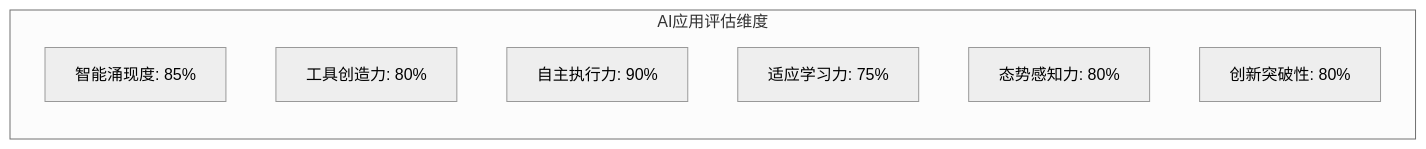
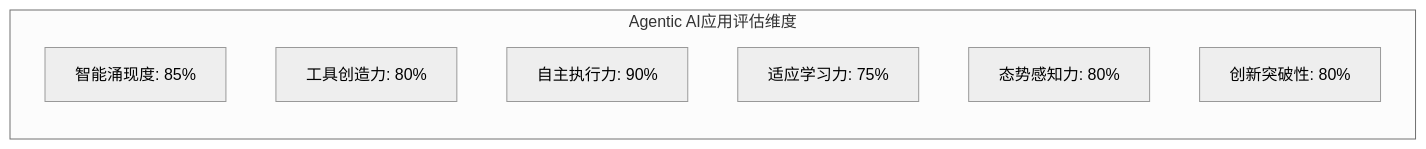
Before and after one commit to youyoude/agi-app-dev-guide-book: the diagram in 第零部分_Agentic_AI_核心概念与开发理念/0.1_Agentic_AI应用核心概念.md, drawn with Mermaid (neutral theme). The commit also changed other lines of this file and 1 other file, not shown here.

````diff
--- a/第零部分_Agentic_AI_核心概念与开发理念/0.1_Agentic_AI应用核心概念.md
+++ b/第零部分_Agentic_AI_核心概念与开发理念/0.1_Agentic_AI应用核心概念.md
@@ -127,11 +138,11 @@
 ```mermaid
 graph LR
-    subgraph "AI应用评估维度"
+    subgraph "Agentic AI应用评估维度"
         A[智能涌现度: 85%]
         B[工具创造力: 80%]
         C[自主执行力: 90%]
         D[适应学习力: 75%]
         E[态势感知力: 80%]
         F[创新突破性: 80%]
     end
 ```
````
